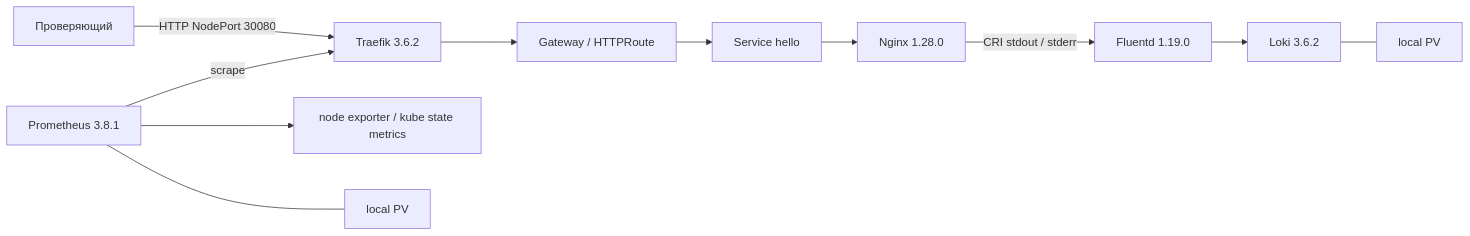
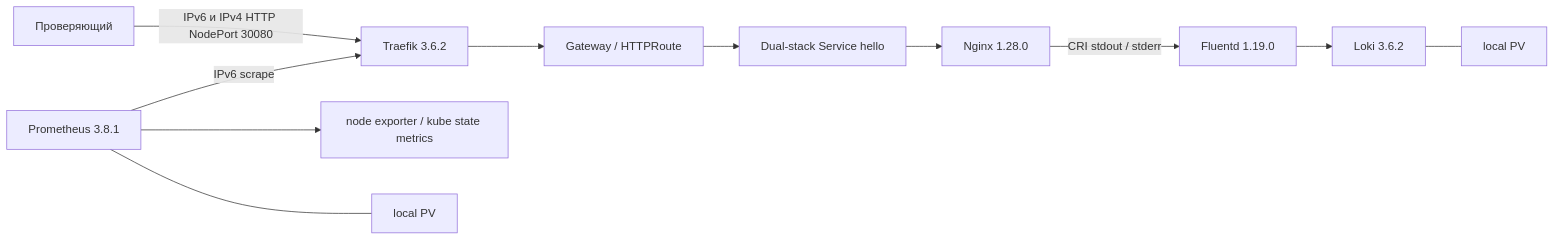
The diagram in docs/passport/mvp-draft.md (gigabebra/mts_hack), drawn with Mermaid before and after one commit. The commit also changed other lines of this file and 3 other files, not shown here.

Commit message:
docs: accept IPv6-primary dual-stack MVP on cc3afc6

````diff
--- a/docs/passport/mvp-draft.md
+++ b/docs/passport/mvp-draft.md
@@ -17,13 +22,13 @@
 ```mermaid
 flowchart LR
-    U[Проверяющий] -->|HTTP NodePort 30080| T[Traefik 3.6.2]
+    U[Проверяющий] -->|IPv6 и IPv4 HTTP NodePort 30080| T[Traefik 3.6.2]
     T --> G[Gateway / HTTPRoute]
-    G --> S[Service hello]
+    G --> S[Dual-stack Service hello]
     S --> N[Nginx 1.28.0]
-    P[Prometheus 3.8.1] -->|scrape| T
+    P[Prometheus 3.8.1] -->|IPv6 scrape| T
     P --> E[node exporter / kube state metrics]
     N -->|CRI stdout / stderr| F[Fluentd 1.19.0]
     F --> L[Loki 3.6.2]
     P --- V1[local PV]
     L --- V2[local PV]
 ```
````
